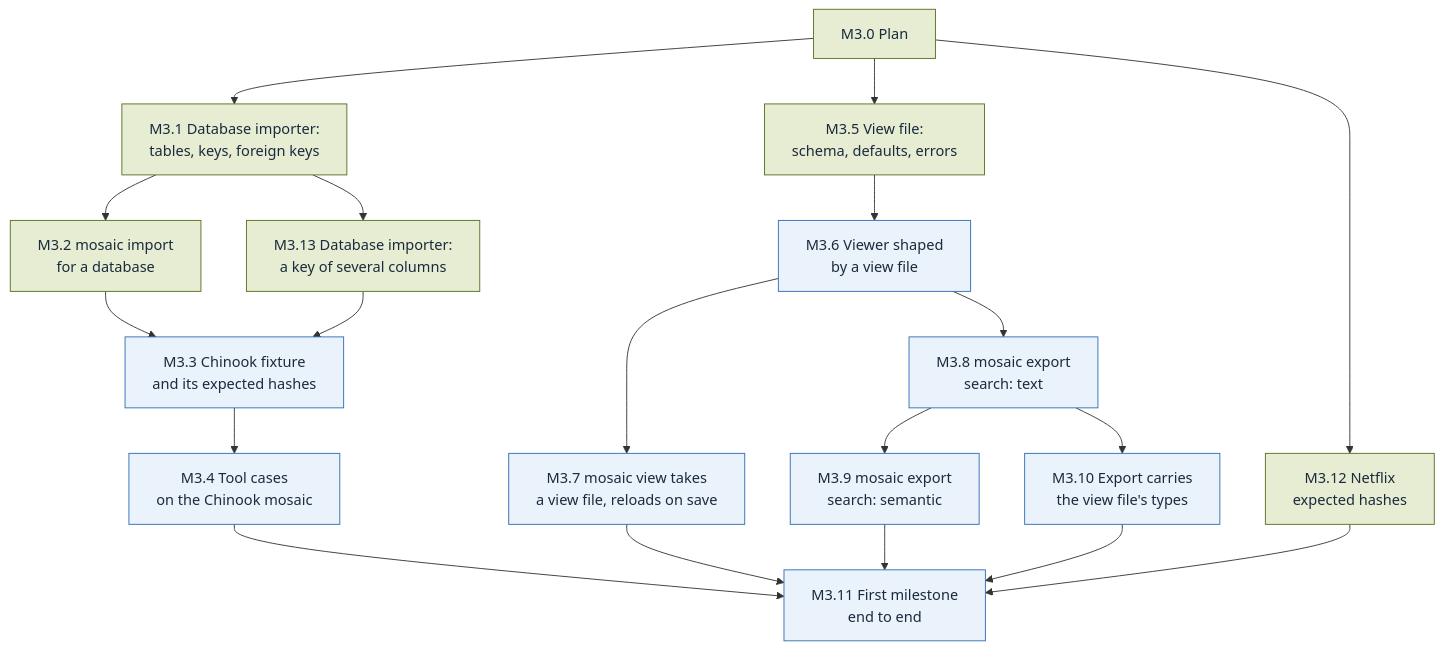
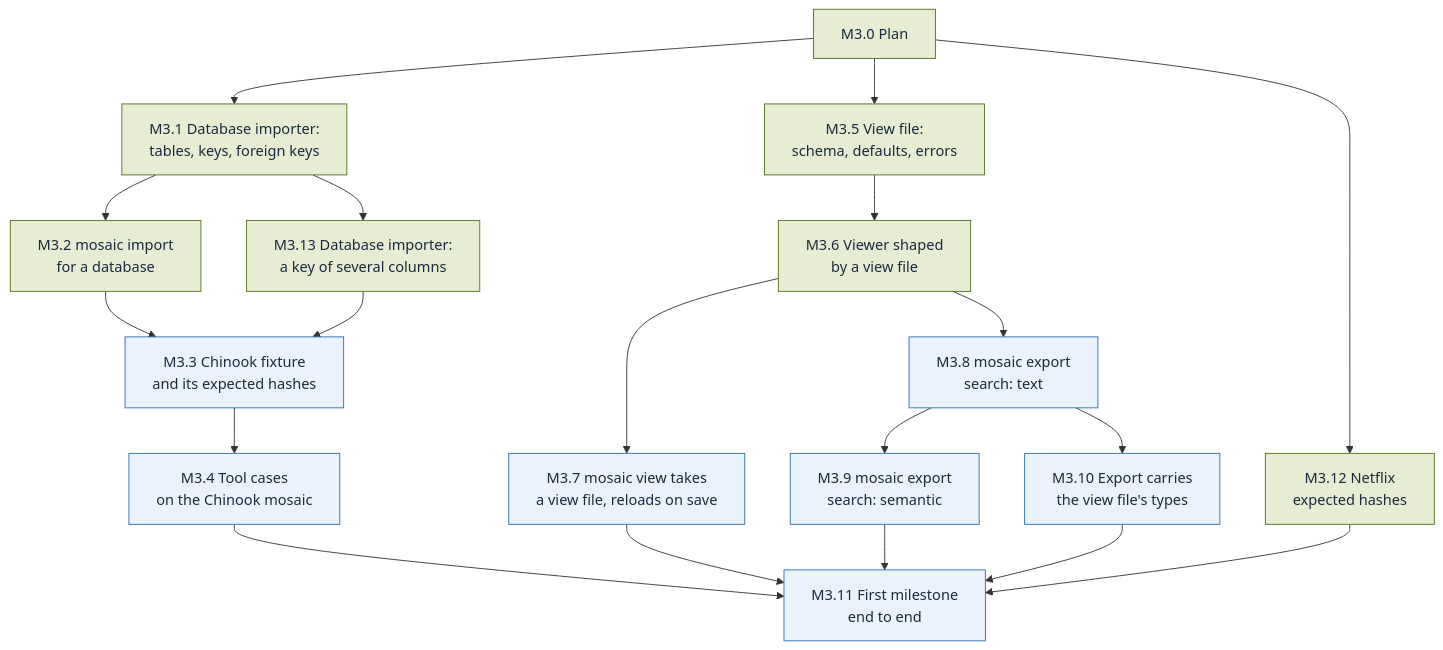
The diagram in plan/M3.md (alcjor/Mosaic), drawn with Mermaid before and after one commit. The commit also changed other lines of this file and 19 other files, not shown here.

````diff
--- a/plan/M3.md
+++ b/plan/M3.md
@@ -3,69 +3,69 @@
 ```mermaid
 flowchart TD
   classDef done fill:#E6EDD3,stroke:#55701F,color:#1B2A3D
   classDef todo fill:#EAF2FB,stroke:#2F6DB5,color:#1B2A3D
   classDef parked fill:#FCEFCF,stroke:#F2B630,color:#1B2A3D
   %% One block per slice: its node, then its status (done, todo or parked).
   %% Blank lines keep each status line apart, so two PRs marking two slices merge cleanly.
 
   M3_0["M3.0 Plan"]
   class M3_0 done
 
   M3_1["M3.1 Database importer:<br/>tables, keys, foreign keys"]
   class M3_1 done
 
   M3_2["M3.2 mosaic import<br/>for a database"]
   class M3_2 done
 
   M3_3["M3.3 Chinook fixture<br/>and its expected hashes"]
   class M3_3 todo
 
   M3_4["M3.4 Tool cases<br/>on the Chinook mosaic"]
   class M3_4 todo
 
   M3_5["M3.5 View file:<br/>schema, defaults, errors"]
   class M3_5 done
 
   M3_6["M3.6 Viewer shaped<br/>by a view file"]
-  class M3_6 todo
+  class M3_6 done
 
   M3_7["M3.7 mosaic view takes<br/>a view file, reloads on save"]
   class M3_7 todo
 
   M3_8["M3.8 mosaic export<br/>search: text"]
   class M3_8 todo
 
   M3_9["M3.9 mosaic export<br/>search: semantic"]
   class M3_9 todo
 
   M3_10["M3.10 Export carries<br/>the view file's types"]
   class M3_10 todo
 
   M3_11["M3.11 First milestone<br/>end to end"]
   class M3_11 todo
 
   M3_12["M3.12 Netflix<br/>expected hashes"]
   class M3_12 done
 
   M3_13["M3.13 Database importer:<br/>a key of several columns"]
   class M3_13 done
 
   M3_0 --> M3_1
   M3_1 --> M3_2
   M3_2 --> M3_3
   M3_3 --> M3_4
   M3_0 --> M3_5
   M3_5 --> M3_6
   M3_6 --> M3_7
   M3_6 --> M3_8
   M3_8 --> M3_9
   M3_8 --> M3_10
   M3_4 --> M3_11
   M3_7 --> M3_11
   M3_9 --> M3_11
   M3_10 --> M3_11
   M3_0 --> M3_12
   M3_12 --> M3_11
   M3_1 --> M3_13
   M3_13 --> M3_3
 ```
````
